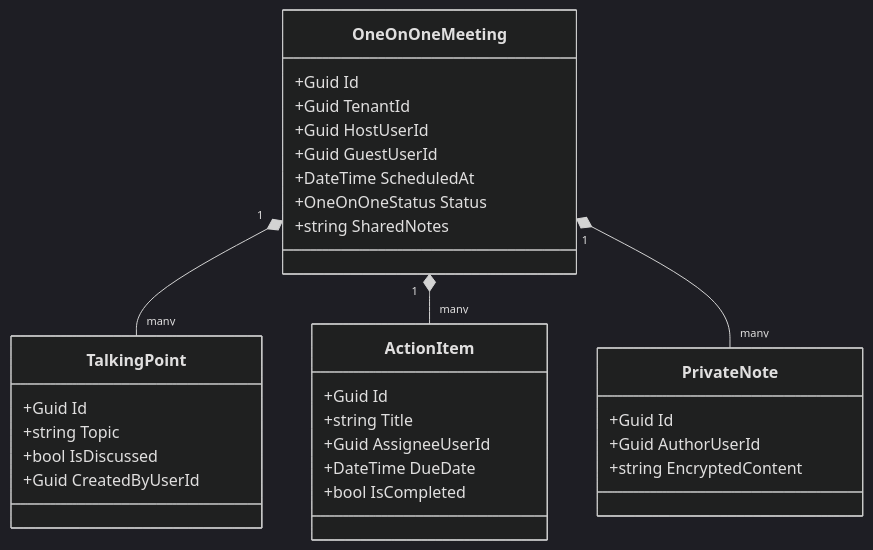
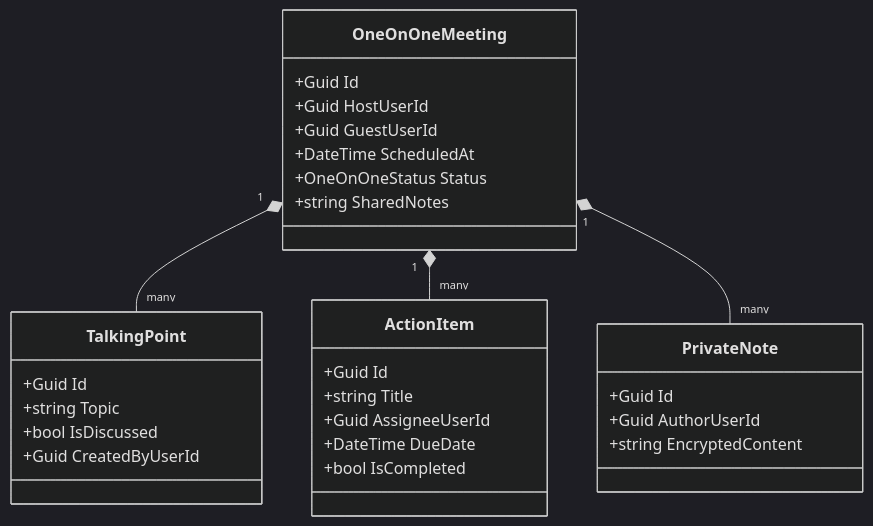
Before and after one commit to pacmanalx/socialtool-rh: the second of 2 diagrams in docs/03-modulos-funcionais/03-feedback-e-one-on-one.md, drawn with Mermaid (dark theme). The commit also changed 71 other files, not shown here.

````diff
--- a/docs/03-modulos-funcionais/03-feedback-e-one-on-one.md
+++ b/docs/03-modulos-funcionais/03-feedback-e-one-on-one.md
@@ -53,37 +53,36 @@
 ```mermaid
 classDiagram
     class OneOnOneMeeting {
         +Guid Id
-        +Guid TenantId
         +Guid HostUserId
         +Guid GuestUserId
         +DateTime ScheduledAt
         +OneOnOneStatus Status
         +string SharedNotes
     }
 
     class TalkingPoint {
         +Guid Id
         +string Topic
         +bool IsDiscussed
         +Guid CreatedByUserId
     }
 
     class ActionItem {
         +Guid Id
         +string Title
         +Guid AssigneeUserId
         +DateTime DueDate
         +bool IsCompleted
     }
 
     class PrivateNote {
         +Guid Id
         +Guid AuthorUserId
         +string EncryptedContent
     }
 
     OneOnOneMeeting "1" *-- "many" TalkingPoint
     OneOnOneMeeting "1" *-- "many" ActionItem
     OneOnOneMeeting "1" *-- "many" PrivateNote
 ```
````
